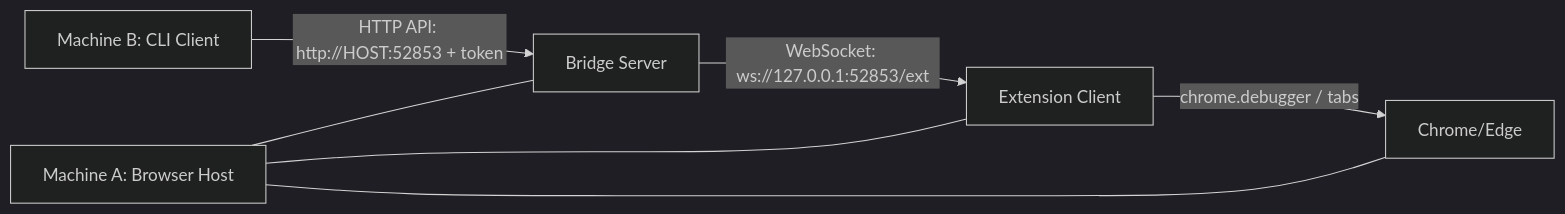
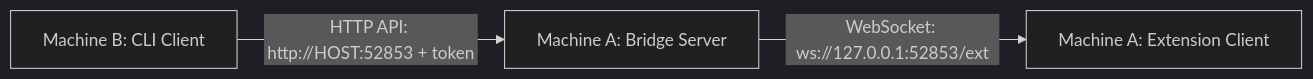
Before and after one commit to dreamhunter2333/browser-bridge-cli: the second of 3 diagrams in README.md, drawn with Mermaid (dark theme). The commit also changed other lines of this file and 1 other file, not shown here.

Commit message:
Simplify README deployment diagrams

````diff
--- a/README.md
+++ b/README.md
@@ -89,15 +87,9 @@
 ```mermaid
 graph LR
     CLI["Machine B: CLI Client"]
-    Host["Machine A: Browser Host"]
-    Bridge["Bridge Server"]
-    Ext["Extension Client"]
-    Browser["Chrome/Edge"]
+    Bridge["Machine A: Bridge Server"]
+    Ext["Machine A: Extension Client"]
 
     CLI -->|"HTTP API: http://HOST:52853 + token"| Bridge
     Bridge -->|"WebSocket: ws://127.0.0.1:52853/ext"| Ext
-    Ext -->|"chrome.debugger / tabs"| Browser
-    Host --- Bridge
-    Host --- Ext
-    Host --- Browser
 ```
````
